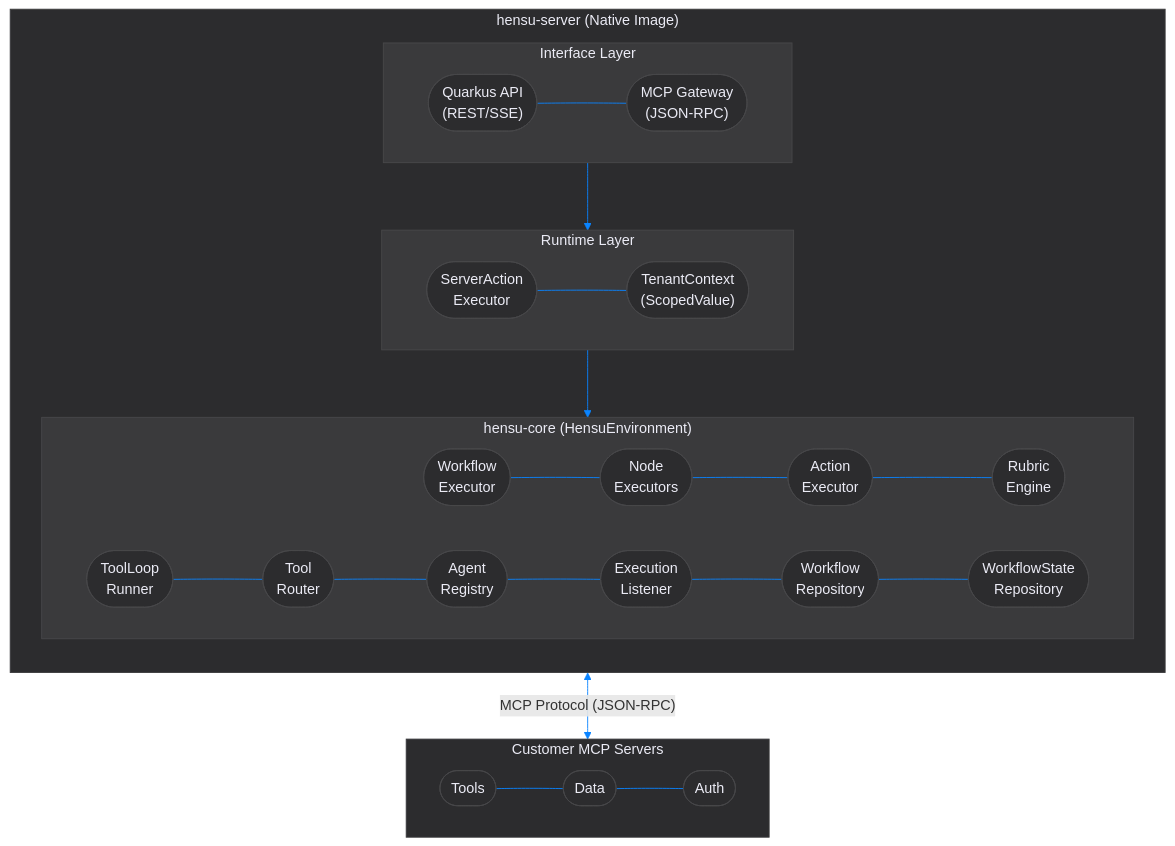
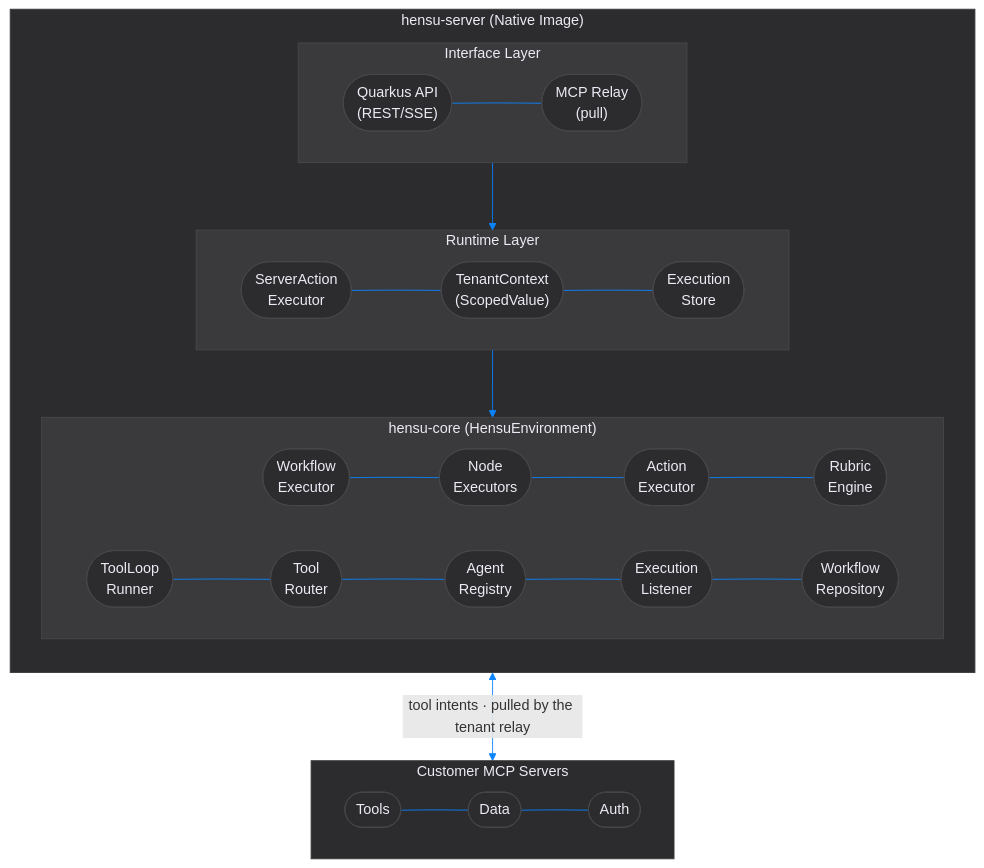
The fifth of 9 diagrams in docs/unified-architecture.md (hensu-project/hensu), drawn with Mermaid before and after one commit. The commit also changed other lines of this file and 224 other files, not shown here.

````diff
--- a/docs/unified-architecture.md
+++ b/docs/unified-architecture.md
@@ -489,55 +615,55 @@
 ```mermaid
 flowchart TD
     subgraph server["hensu-server (Native Image)"]
         direction TB
         subgraph iface["Interface Layer"]
             direction LR
-            qapi(["Quarkus API\n(REST/SSE)"]) ~~~ mcpgw(["MCP Gateway\n(JSON-RPC)"])
+            qapi(["Quarkus API\n(REST/SSE)"]) ~~~ mcpgw(["MCP Relay\n(pull)"])
         end
 
         subgraph runtime["Runtime Layer"]
             direction LR
-            sae(["ServerAction\nExecutor"]) ~~~ tc(["TenantContext\n(ScopedValue)"])
+            sae(["ServerAction\nExecutor"]) ~~~ tc(["TenantContext\n(ScopedValue)"]) ~~~ es(["Execution\nStore"])
         end
 
         subgraph core["hensu-core (HensuEnvironment)"]
             direction LR
             we(["Workflow\nExecutor"]) ~~~ ne(["Node\nExecutors"]) ~~~ ae(["Action\nExecutor"]) ~~~ re(["Rubric\nEngine"])
-            tlr(["ToolLoop\nRunner"]) ~~~ tr(["Tool\nRouter"]) ~~~ ar(["Agent\nRegistry"]) ~~~ el(["Execution\nListener"]) ~~~ wr(["Workflow\nRepository"]) ~~~ wsr(["WorkflowState\nRepository"])
+            tlr(["ToolLoop\nRunner"]) ~~~ tr(["Tool\nRouter"]) ~~~ ar(["Agent\nRegistry"]) ~~~ el(["Execution\nListener"]) ~~~ wr(["Workflow\nRepository"])
         end
     end
 
     subgraph ext["Customer MCP Servers"]
         direction LR
         tools(["Tools"]) ~~~ data(["Data"]) ~~~ auth(["Auth"])
     end
 
     iface --> runtime --> core
-    core <-->|"MCP Protocol (JSON-RPC)"| ext
+    core <-->|"tool intents · pulled by the tenant relay"| ext
 
     style server fill:#2c2c2e, stroke:#3a3a3c, color:#ebebf5, stroke-width:1px
     style iface fill:#3a3a3c, stroke:#48484a, color:#ebebf5, stroke-width:1px
     style runtime fill:#3a3a3c, stroke:#48484a, color:#ebebf5, stroke-width:1px
     style core fill:#3a3a3c, stroke:#48484a, color:#ebebf5, stroke-width:1px
     style ext fill:#2c2c2e, stroke:#3a3a3c, color:#ebebf5, stroke-width:1px
 
     style qapi fill:#2c2c2e, stroke:#48484a, color:#ebebf5, stroke-width:1px
     style mcpgw fill:#2c2c2e, stroke:#48484a, color:#ebebf5, stroke-width:1px
     style sae fill:#2c2c2e, stroke:#48484a, color:#ebebf5, stroke-width:1px
     style tc fill:#2c2c2e, stroke:#48484a, color:#ebebf5, stroke-width:1px
+    style es fill:#2c2c2e, stroke:#48484a, color:#ebebf5, stroke-width:1px
     style we fill:#2c2c2e, stroke:#48484a, color:#ebebf5, stroke-width:1px
     style ne fill:#2c2c2e, stroke:#48484a, color:#ebebf5, stroke-width:1px
     style ae fill:#2c2c2e, stroke:#48484a, color:#ebebf5, stroke-width:1px
     style re fill:#2c2c2e, stroke:#48484a, color:#ebebf5, stroke-width:1px
     style tlr fill:#2c2c2e, stroke:#48484a, color:#ebebf5, stroke-width:1px
     style tr fill:#2c2c2e, stroke:#48484a, color:#ebebf5, stroke-width:1px
     style ar fill:#2c2c2e, stroke:#48484a, color:#ebebf5, stroke-width:1px
     style el fill:#2c2c2e, stroke:#48484a, color:#ebebf5, stroke-width:1px
     style wr fill:#2c2c2e, stroke:#48484a, color:#ebebf5, stroke-width:1px
-    style wsr fill:#2c2c2e, stroke:#48484a, color:#ebebf5, stroke-width:1px
     style tools fill:#2c2c2e, stroke:#48484a, color:#ebebf5, stroke-width:1px
     style data fill:#2c2c2e, stroke:#48484a, color:#ebebf5, stroke-width:1px
     style auth fill:#2c2c2e, stroke:#48484a, color:#ebebf5, stroke-width:1px
 
     linkStyle default stroke:#0A84FF, stroke-width:1px
 ```
````
